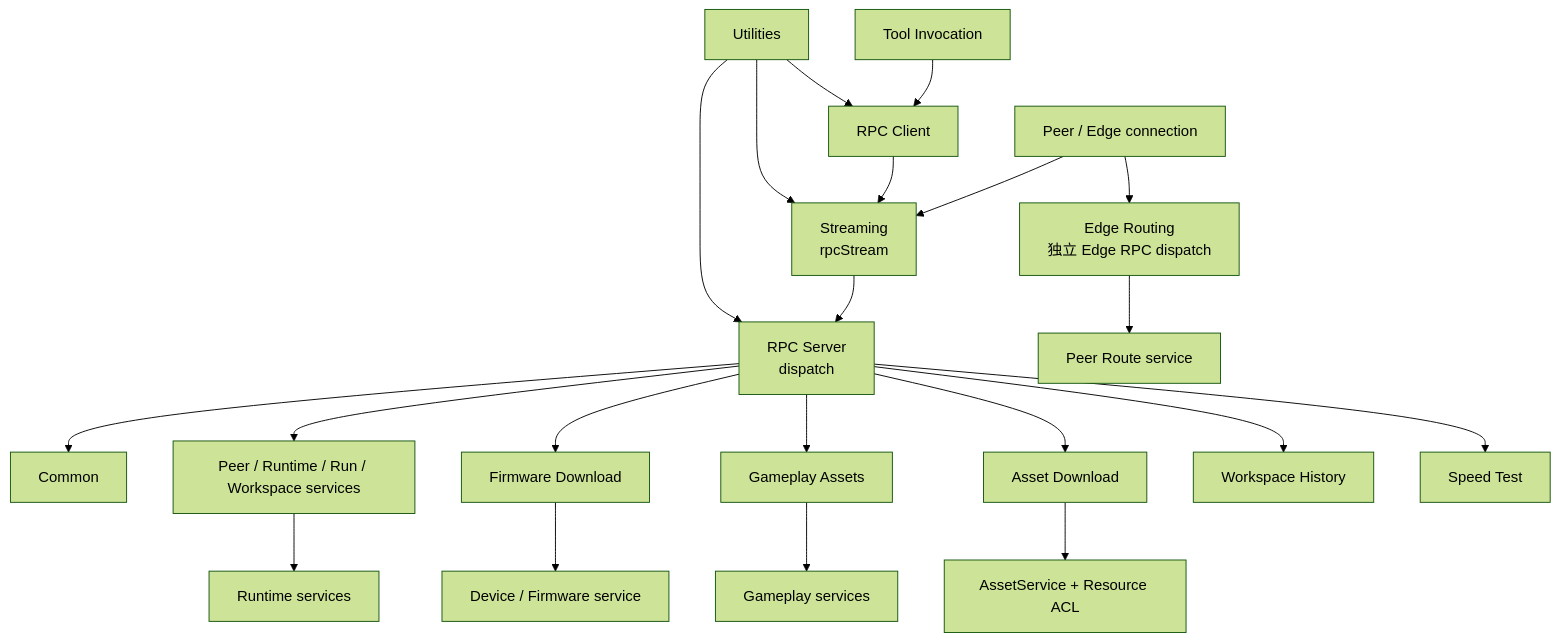
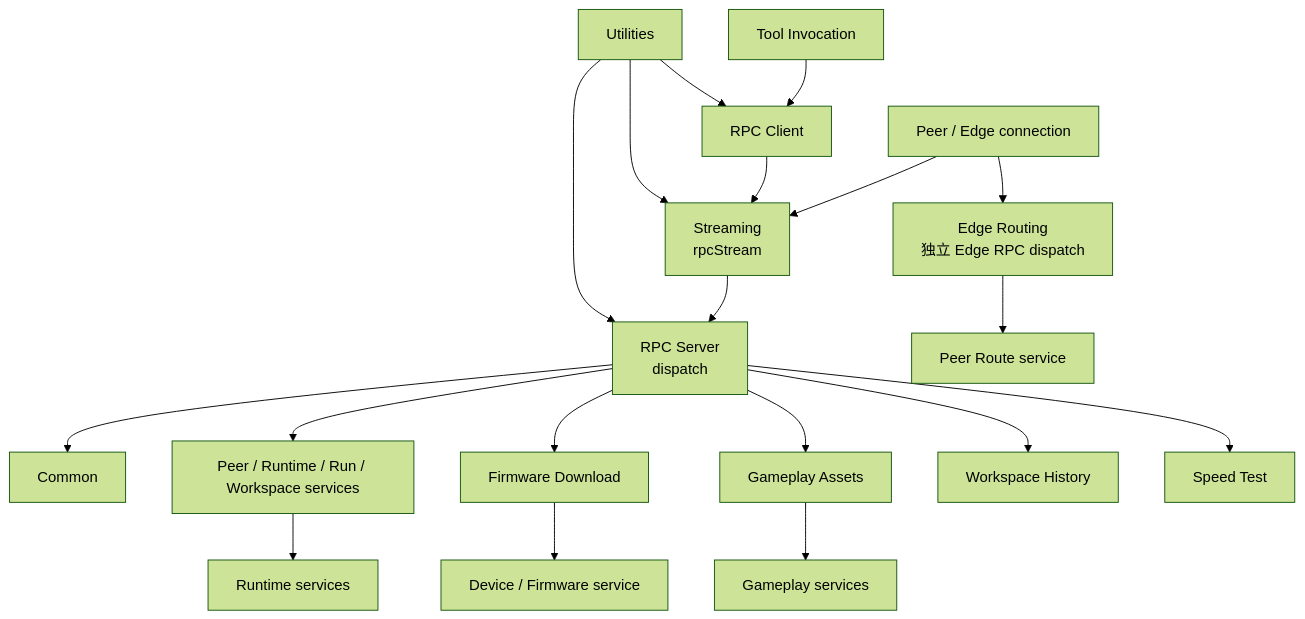
One commit to GizClaw/gizclaw changed the diagram in guides/zh/developing/gizclaw/rpc/overview.md. Above: the diagram before and after it, drawn with Mermaid (forest theme). The commit also changed other lines of this file and 72 other files, not shown here.

First line of the commit message:
asset: narrow service to shared storage lifecycle

````diff
--- a/guides/zh/developing/gizclaw/rpc/overview.md
+++ b/guides/zh/developing/gizclaw/rpc/overview.md
@@ -24,26 +23,24 @@
 ```mermaid
 flowchart TB
     Connection["Peer / Edge connection"] --> Stream["Streaming<br/>rpcStream"]
 
     Client["RPC Client"] --> Stream
     Stream --> Server["RPC Server<br/>dispatch"]
     Server --> Common["Common"]
     Server --> Runtime["Peer / Runtime / Run / Workspace services"]
     Server --> Firmware["Firmware Download"]
     Server --> Gameplay["Gameplay Assets"]
-    Server --> Asset["Asset Download"]
     Server --> History["Workspace History"]
     Server --> Speed["Speed Test"]
     Connection --> Edge["Edge Routing<br/>独立 Edge RPC dispatch"]
 
     Tool["Tool Invocation"] --> Client
     Utilities["Utilities"] --> Client
     Utilities --> Server
     Utilities --> Stream
 
     Runtime --> RuntimeServices["Runtime services"]
     Firmware --> Device["Device / Firmware service"]
     Gameplay --> GameplaySvc["Gameplay services"]
-    Asset --> AssetSvc["AssetService + Resource ACL"]
     Edge --> Routes["Peer Route service"]
 ```
````
